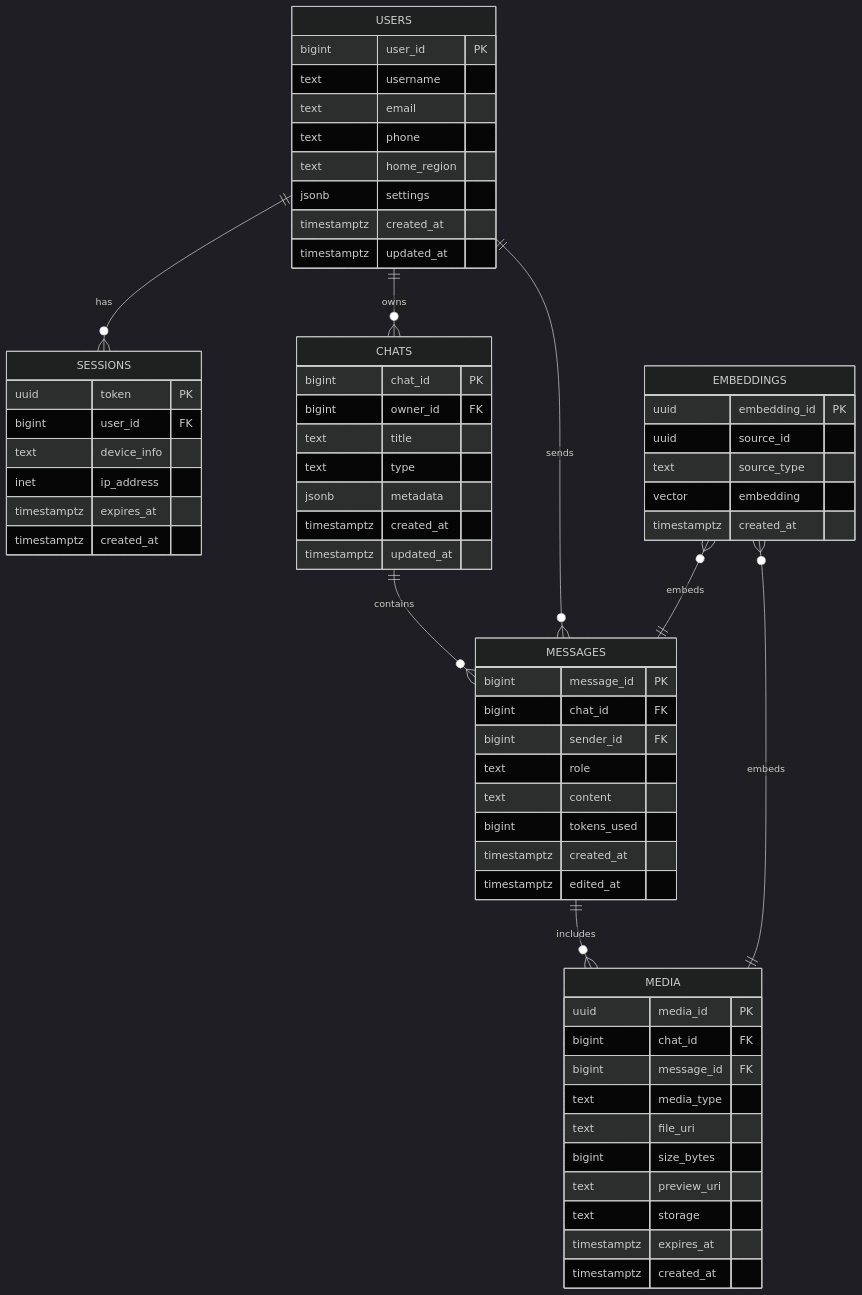
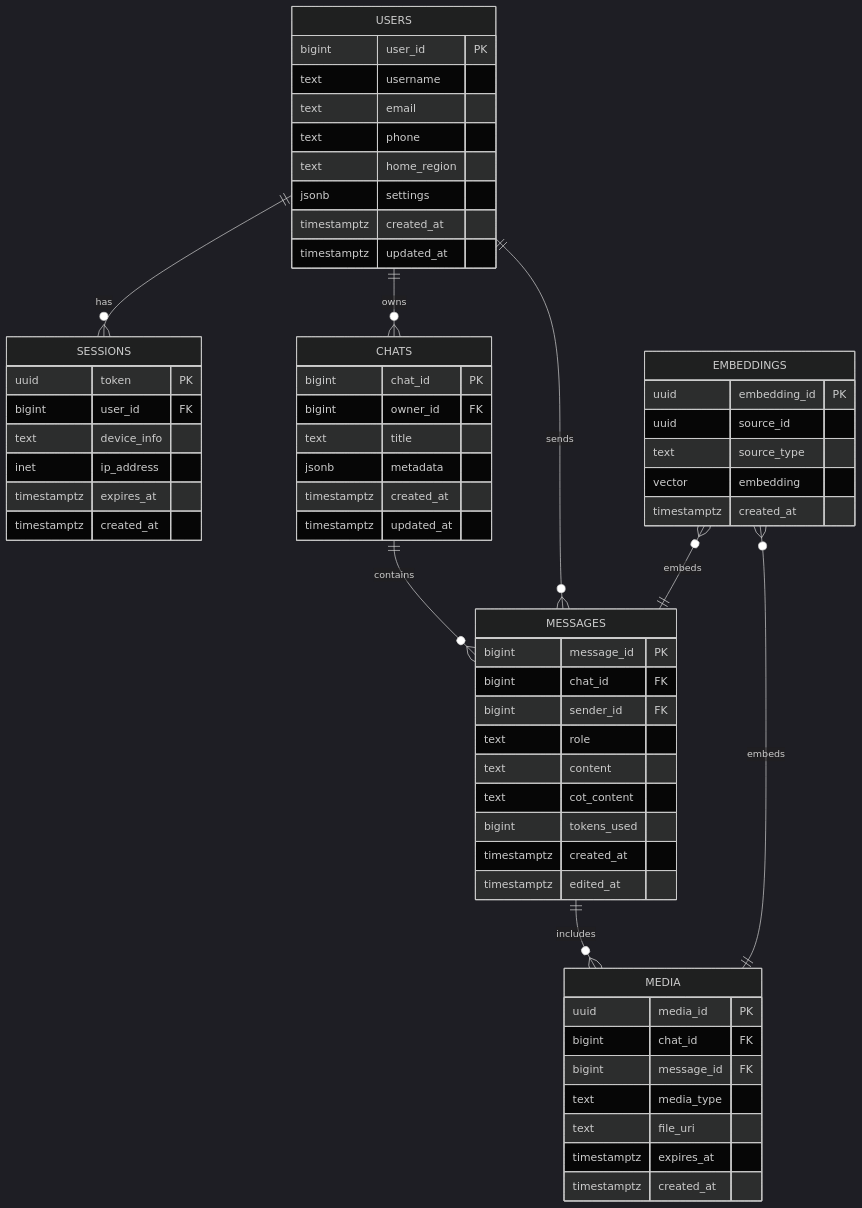
Before and after one commit to gettingthingsdoneee/gemini_highload: the first of 2 diagrams in README.md, drawn with Mermaid (dark theme). The commit also changed other lines of this file, not shown here.

````diff
--- a/README.md
+++ b/README.md
@@ -425,72 +425,69 @@
 ```mermaid
 erDiagram
     USERS {
         bigint user_id PK
         text username
         text email
         text phone
         text home_region
         jsonb settings
         timestamptz created_at
         timestamptz updated_at
     }
 
     SESSIONS {
         uuid token PK
         bigint user_id FK
         text device_info
         inet ip_address
         timestamptz expires_at
         timestamptz created_at
     }
 
     CHATS {
         bigint chat_id PK
         bigint owner_id FK
         text title
-        text type
         jsonb metadata
         timestamptz created_at
         timestamptz updated_at
     }
 
     MESSAGES {
         bigint message_id PK
         bigint chat_id FK
         bigint sender_id FK
         text role
         text content
+        text cot_content
         bigint tokens_used
         timestamptz created_at
         timestamptz edited_at
     }
 
     MEDIA {
         uuid media_id PK
         bigint chat_id FK
         bigint message_id FK
         text media_type
         text file_uri
-        bigint size_bytes
-        text preview_uri
-        text storage
         timestamptz expires_at
         timestamptz created_at
     }
 
     EMBEDDINGS {
         uuid embedding_id PK
         uuid source_id
         text source_type
         vector embedding
         timestamptz created_at
     }
 
     USERS ||--o{ SESSIONS : has
     USERS ||--o{ CHATS : owns
     CHATS ||--o{ MESSAGES : contains
     USERS ||--o{ MESSAGES : sends
     MESSAGES ||--o{ MEDIA : includes
     EMBEDDINGS }o--|| MESSAGES : embeds
     EMBEDDINGS }o--|| MEDIA : embeds
 ```
````
